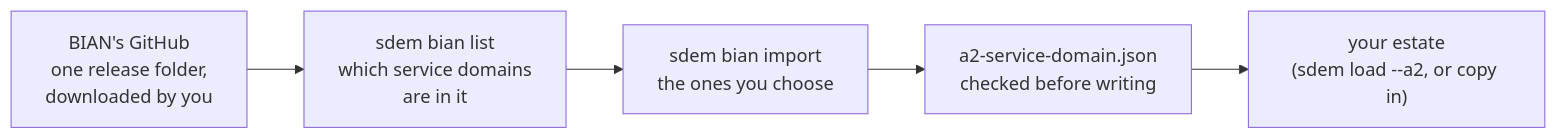
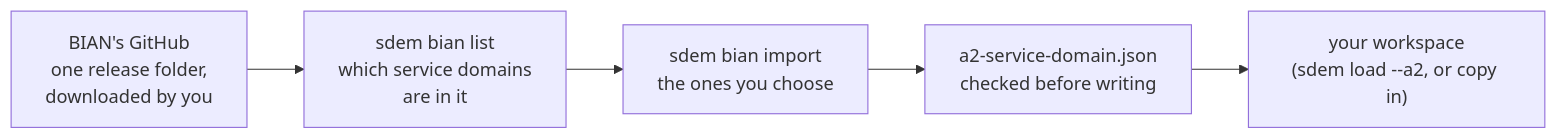
One commit to taumoeps/bian-sdem-framework changed the diagram in docs/design/sdem-bian-import-design.md. Above: the diagram before and after it, drawn with Mermaid. The commit also changed other lines of this file and 155 other files, not shown here.

````diff
--- a/docs/design/sdem-bian-import-design.md
+++ b/docs/design/sdem-bian-import-design.md
@@ -13,7 +13,7 @@
 ```mermaid
 flowchart LR
     G["BIAN's GitHub<br/>one release folder,<br/>downloaded by you"] --> L["sdem bian list<br/>which service domains<br/>are in it"]
     L --> I["sdem bian import<br/>the ones you choose"]
     I --> A["a2-service-domain.json<br/>checked before writing"]
-    A --> E["your estate<br/>(sdem load --a2, or copy in)"]
+    A --> E["your workspace<br/>(sdem load --a2, or copy in)"]
 ```
````
